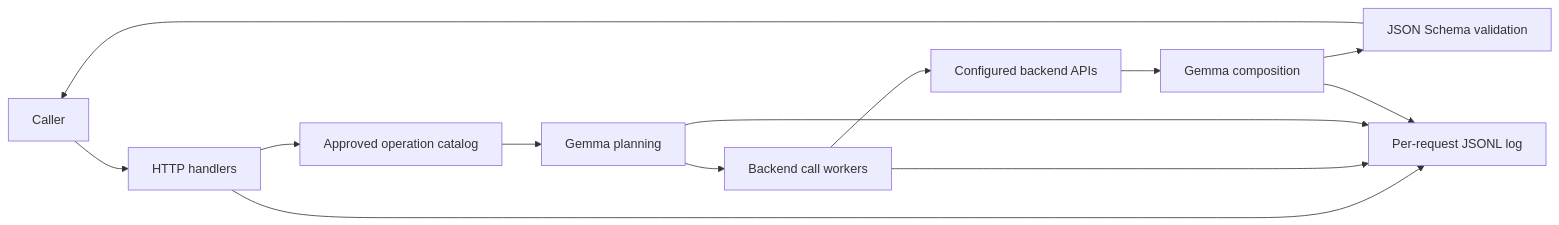
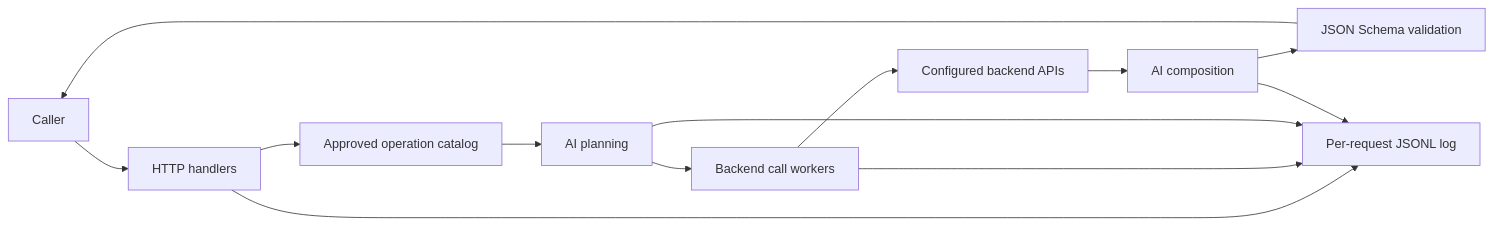
Before and after one commit to Jay-1409/lilx: the diagram in docs/architecture.md, drawn with Mermaid. The commit also changed other lines of this file and 15 other files, not shown here.

````diff
--- a/docs/architecture.md
+++ b/docs/architecture.md
@@ -5,15 +5,15 @@
 ```mermaid
 flowchart LR
     Caller --> HTTP[HTTP handlers]
     HTTP --> Catalog[Approved operation catalog]
-    Catalog --> Gemma[Gemma planning]
+    Catalog --> Gemma[AI planning]
     Gemma --> Workers[Backend call workers]
     Workers --> Backend[Configured backend APIs]
-    Backend --> Gemma2[Gemma composition]
+    Backend --> Gemma2[AI composition]
     Gemma2 --> Validation[JSON Schema validation]
     Validation --> Caller
     HTTP --> Logs[Per-request JSONL log]
     Workers --> Logs
     Gemma --> Logs
     Gemma2 --> Logs
 ```
````
